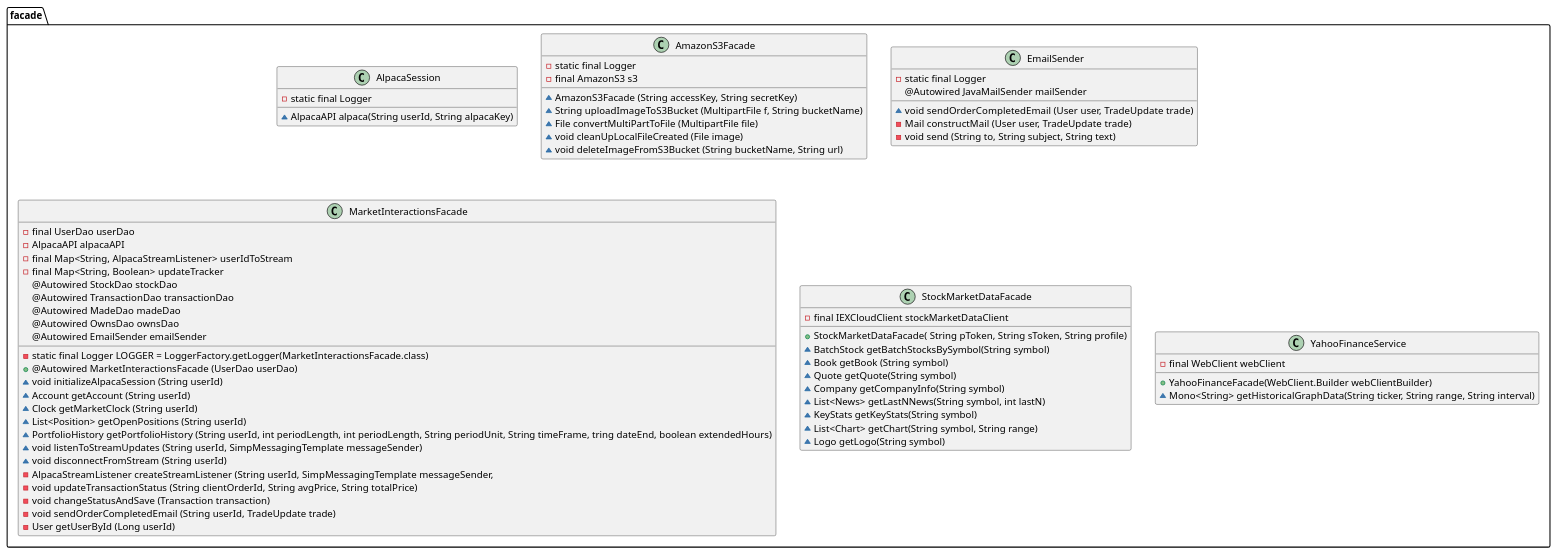
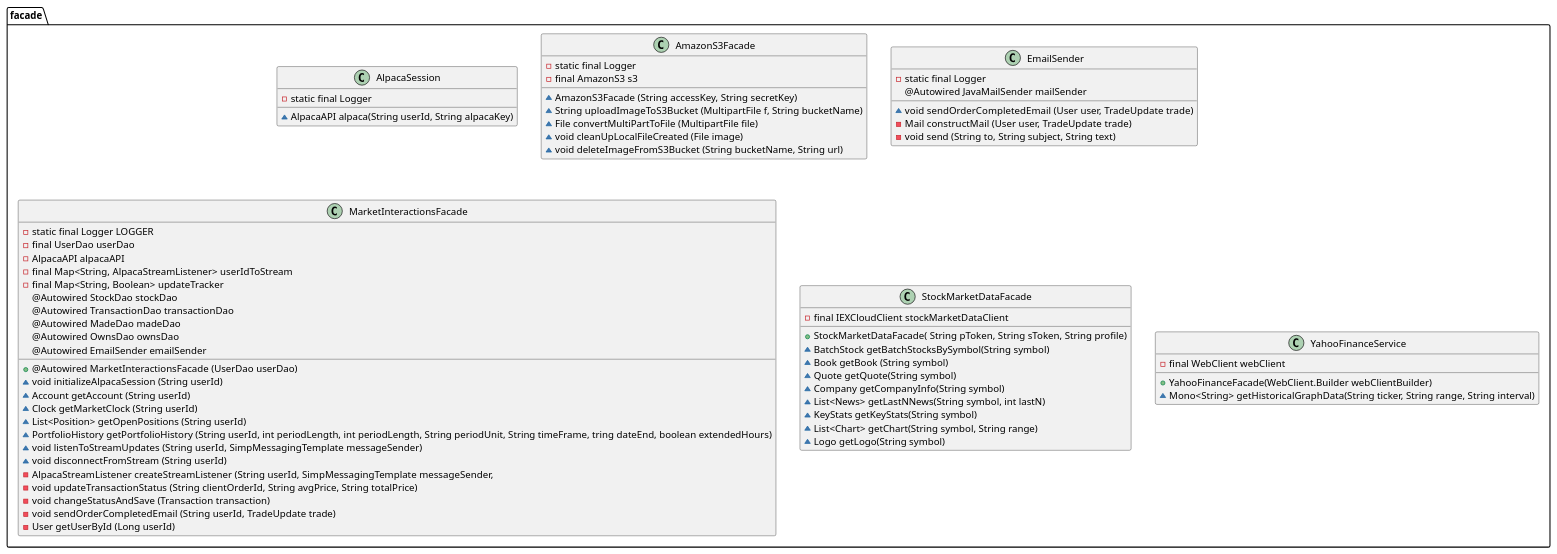
Before and after one commit to DPigeon/Money-Tree: the diagram in backend/diagram/class/FacadePackage.puml, drawn with PlantUML. The commit also changed 1 other file, not shown here.

```diff
--- a/backend/diagram/class/FacadePackage.puml
+++ b/backend/diagram/class/FacadePackage.puml
@@ -1,73 +1,73 @@
 @startuml
 
 package facade {
        class AlpacaSession {
               -static final Logger
               ~AlpacaAPI alpaca(String userId, String alpacaKey)
        }
        class AmazonS3Facade {
               -static final Logger
               -final AmazonS3 s3
               ~AmazonS3Facade (String accessKey, String secretKey)
               ~String uploadImageToS3Bucket (MultipartFile f, String bucketName)
               ~File convertMultiPartToFile (MultipartFile file)
               ~void cleanUpLocalFileCreated (File image)
               ~void deleteImageFromS3Bucket (String bucketName, String url)
        }
        class EmailSender {
               -static final Logger
               @Autowired JavaMailSender mailSender
               ~void sendOrderCompletedEmail (User user, TradeUpdate trade)
               -Mail constructMail (User user, TradeUpdate trade)
               -void send (String to, String subject, String text)
        }
        class MarketInteractionsFacade {
-              -static final Logger LOGGER = LoggerFactory.getLogger(MarketInteractionsFacade.class)
+              -static final Logger LOGGER
               -final UserDao userDao
               -AlpacaAPI alpacaAPI
               -final Map<String, AlpacaStreamListener> userIdToStream
               -final Map<String, Boolean> updateTracker
               @Autowired StockDao stockDao
               @Autowired TransactionDao transactionDao
               @Autowired MadeDao madeDao
               @Autowired OwnsDao ownsDao
               @Autowired EmailSender emailSender
               +@Autowired MarketInteractionsFacade (UserDao userDao)
               ~void initializeAlpacaSession (String userId)
               ~Account getAccount (String userId)
               ~Clock getMarketClock (String userId)
               ~List<Position> getOpenPositions (String userId)
               ~PortfolioHistory getPortfolioHistory (String userId, int periodLength, int periodLength, String periodUnit, String timeFrame, tring dateEnd, boolean extendedHours)
               ~void listenToStreamUpdates (String userId, SimpMessagingTemplate messageSender)
               ~void disconnectFromStream (String userId)
               -AlpacaStreamListener createStreamListener (String userId, SimpMessagingTemplate messageSender,
               -void updateTransactionStatus (String clientOrderId, String avgPrice, String totalPrice)
               -void changeStatusAndSave (Transaction transaction)
               -void sendOrderCompletedEmail (String userId, TradeUpdate trade)
               -User getUserById (Long userId)
        }
 
        class StockMarketDataFacade {
               -final IEXCloudClient stockMarketDataClient
               +StockMarketDataFacade( String pToken, String sToken, String profile)
               ~BatchStock getBatchStocksBySymbol(String symbol)
               ~Book getBook (String symbol)
               ~Quote getQuote(String symbol)
               ~Company getCompanyInfo(String symbol)
               ~List<News> getLastNNews(String symbol, int lastN)
               ~KeyStats getKeyStats(String symbol)
               ~List<Chart> getChart(String symbol, String range)
               ~Logo getLogo(String symbol)
 
        }
 
        class YahooFinanceService {
               -final WebClient webClient
               +YahooFinanceFacade(WebClient.Builder webClientBuilder)
               ~Mono<String> getHistoricalGraphData(String ticker, String range, String interval)
        }
 
 
 }
 
 @enduml
```
